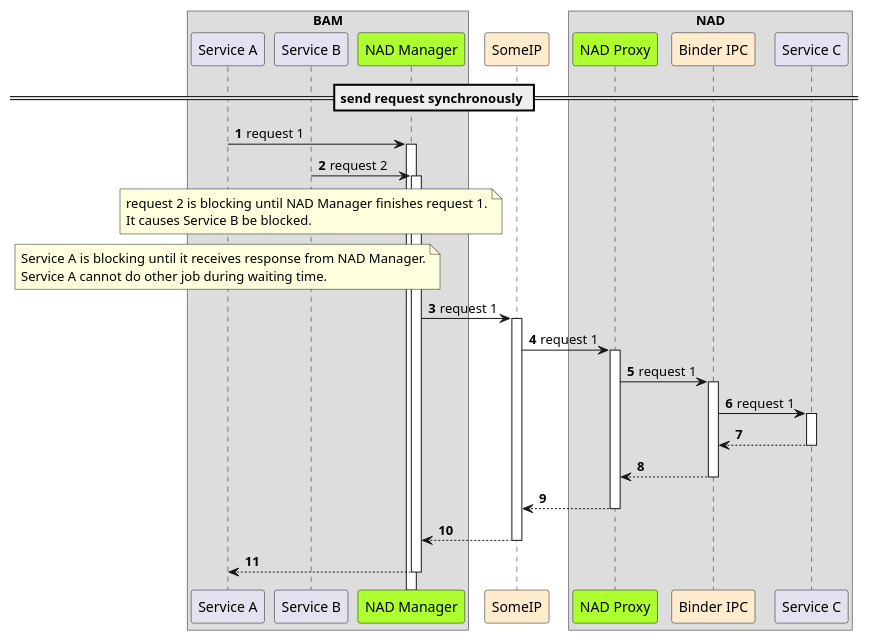
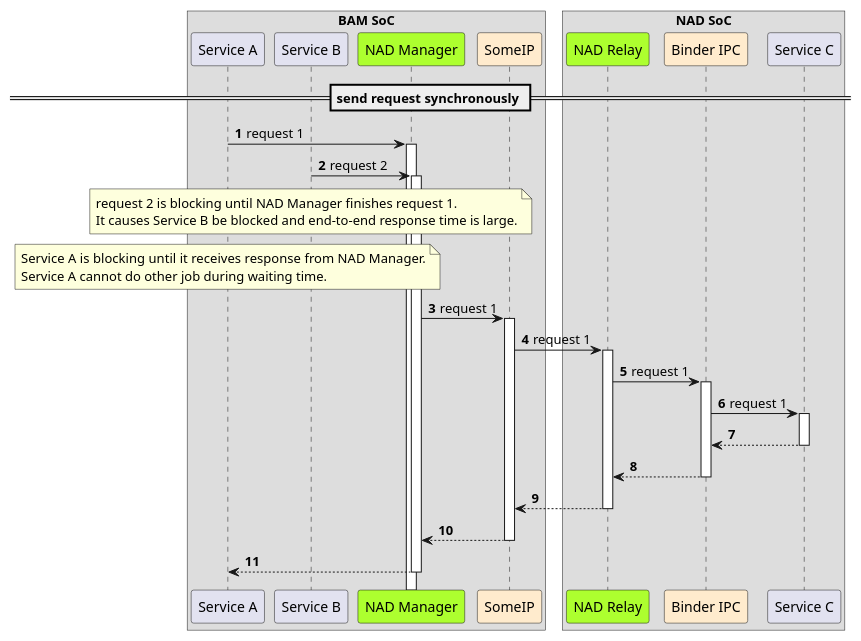
The diagram in doc/SA cert/Design/motivation/blocking_request.wsd (taikt/codefun), drawn with PlantUML before and after one commit. The commit also changed 39 other files, not shown here.

```diff
--- a/doc/SA cert/Design/motivation/blocking_request.wsd
+++ b/doc/SA cert/Design/motivation/blocking_request.wsd
@@ -2,49 +2,48 @@
 @startuml
 !pragma teoz true
 autonumber
 autoactivate on
 
 
-box "BAM"
+box "BAM SoC"
 participant "Service A" as sa
 participant "Service B" as sb
 participant "NAD Manager" as nadm #GreenYellow
+participant "SomeIP" as sip #BlanchedAlmond
 end box
 
-participant "SomeIP" as sip #BlanchedAlmond
-
-box "NAD"
-participant "NAD Proxy" as nadp #GreenYellow
+box "NAD SoC"
+participant "NAD Relay" as nadp #GreenYellow
 
 
 participant "Binder IPC" as bind #BlanchedAlmond
 
 participant "Service C" as sc
 
 end box
 
 == send request synchronously ==
 sa -> nadm: request 1
 sb -> nadm: request 2
 note over sb
 request 2 is blocking until NAD Manager finishes request 1.
-It causes Service B be blocked.
+It causes Service B be blocked and end-to-end response time is large.
 end note
 
 note over sa
 Service A is blocking until it receives response from NAD Manager.
 Service A cannot do other job during waiting time.
 end note
 
 nadm -> sip: request 1
 sip -> nadp: request 1
 nadp -> bind: request 1
 bind -> sc: request 1
 sc --> bind:
 bind --> nadp:
 nadp --> sip:
 sip --> nadm:
 nadm --> sa:
 
 
 @enduml
```
